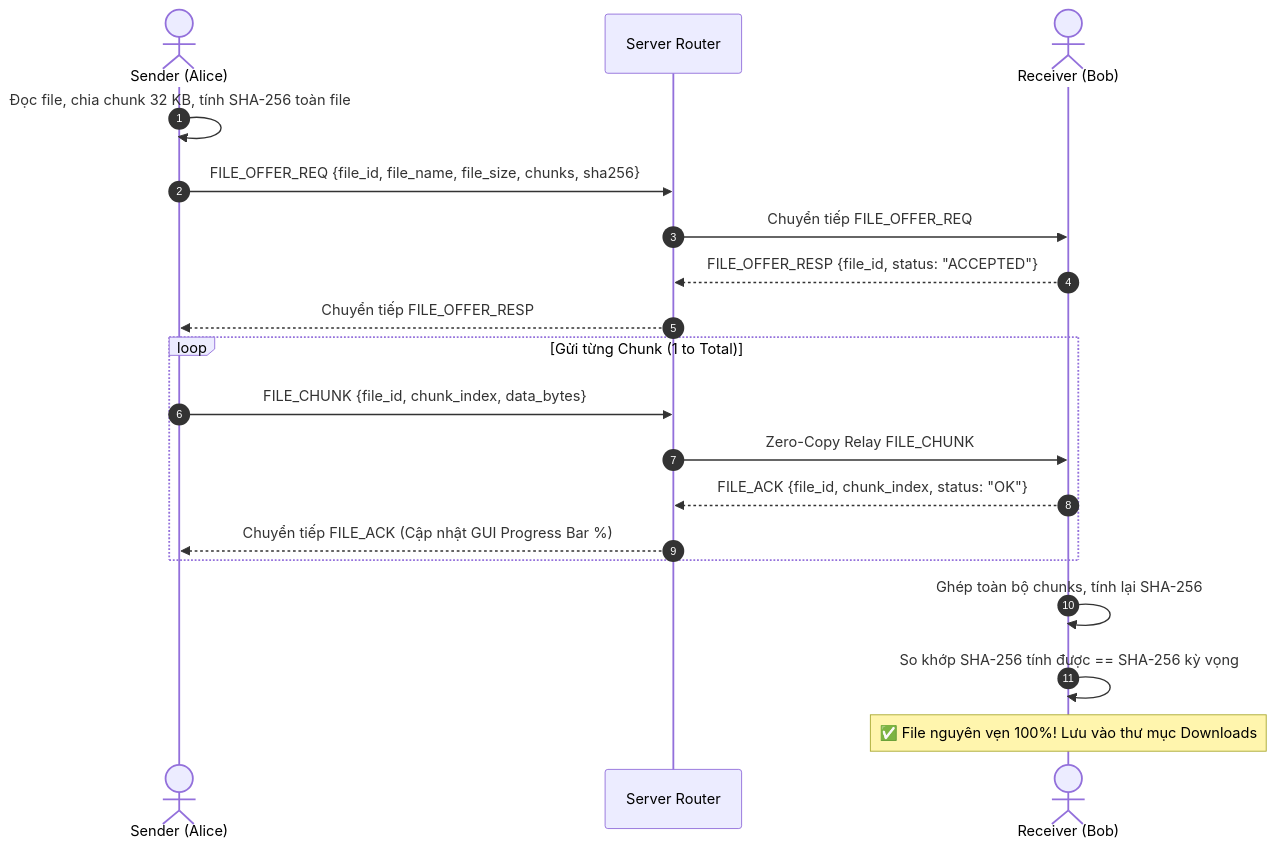
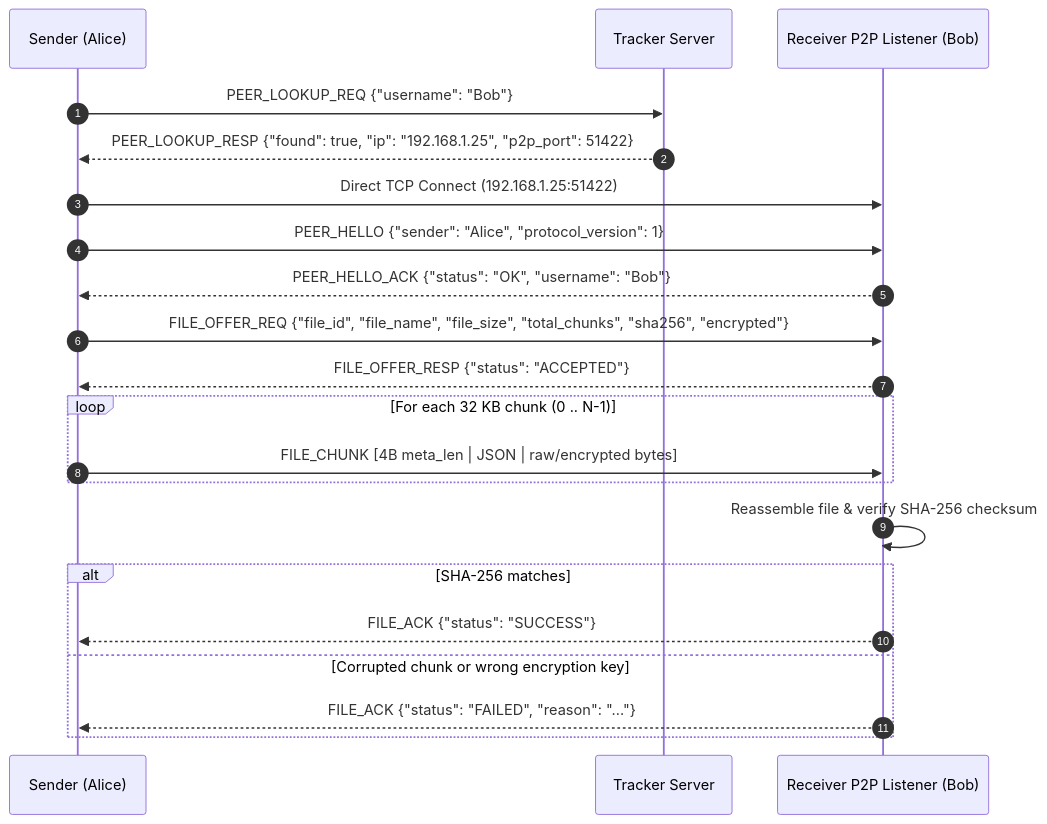
The fourth of 9 diagrams in docs/technical_report.md (QuanNguyenCS/DISTRIBUTED-CLIENT-SERVER-COLLABORATION-APPLICATION), drawn with Mermaid before and after one commit. The commit also changed other lines of this file and 29 other files, not shown here.

Commit message:
feat(security,p2p,docs): implement zero-config AES + ephemeral X25519 encryption, resilience fixes, and updated report/README

````diff
--- a/docs/technical_report.md
+++ b/docs/technical_report.md
@@ -169,24 +260,28 @@
 ```mermaid
 sequenceDiagram
     autonumber
-    actor Alice as Sender (Alice)
-    participant Router as Server Router
-    actor Bob as Receiver (Bob)
+    participant Alice as Sender (Alice)
+    participant Tracker as Tracker Server
+    participant BobP2P as Receiver P2P Listener (Bob)
 
-    Alice->>Alice: Đọc file, chia chunk 32 KB, tính SHA-256 toàn file
-    Alice->>Router: FILE_OFFER_REQ {file_id, file_name, file_size, chunks, sha256}
-    Router->>Bob: Chuyển tiếp FILE_OFFER_REQ
-    Bob-->>Router: FILE_OFFER_RESP {file_id, status: "ACCEPTED"}
-    Router-->>Alice: Chuyển tiếp FILE_OFFER_RESP
+    Alice->>Tracker: PEER_LOOKUP_REQ {"username": "Bob"}
+    Tracker-->>Alice: PEER_LOOKUP_RESP {"found": true, "ip": "192.168.1.25", "p2p_port": 51422}
 
-    loop Gửi từng Chunk (1 to Total)
-        Alice->>Router: FILE_CHUNK {file_id, chunk_index, data_bytes}
-        Router->>Bob: Zero-Copy Relay FILE_CHUNK
-        Bob-->>Router: FILE_ACK {file_id, chunk_index, status: "OK"}
-        Router-->>Alice: Chuyển tiếp FILE_ACK (Cập nhật GUI Progress Bar %)
+    Alice->>BobP2P: Direct TCP Connect (192.168.1.25:51422)
+    Alice->>BobP2P: PEER_HELLO {"sender": "Alice", "protocol_version": 1}
+    BobP2P-->>Alice: PEER_HELLO_ACK {"status": "OK", "username": "Bob"}
+
+    Alice->>BobP2P: FILE_OFFER_REQ {"file_id", "file_name", "file_size", "total_chunks", "sha256", "encrypted"}
+    BobP2P-->>Alice: FILE_OFFER_RESP {"status": "ACCEPTED"}
+
+    loop For each 32 KB chunk (0 .. N-1)
+        Alice->>BobP2P: FILE_CHUNK [4B meta_len | JSON | raw/encrypted bytes]
     end
 
-    Bob->>Bob: Ghép toàn bộ chunks, tính lại SHA-256
-    Bob->>Bob: So khớp SHA-256 tính được == SHA-256 kỳ vọng
-    Note over Bob: ✅ File nguyên vẹn 100%! Lưu vào thư mục Downloads
+    BobP2P->>BobP2P: Reassemble file & verify SHA-256 checksum
+    alt SHA-256 matches
+        BobP2P-->>Alice: FILE_ACK {"status": "SUCCESS"}
+    else Corrupted chunk or wrong encryption key
+        BobP2P-->>Alice: FILE_ACK {"status": "FAILED", "reason": "..."}
+    end
 ```
````
